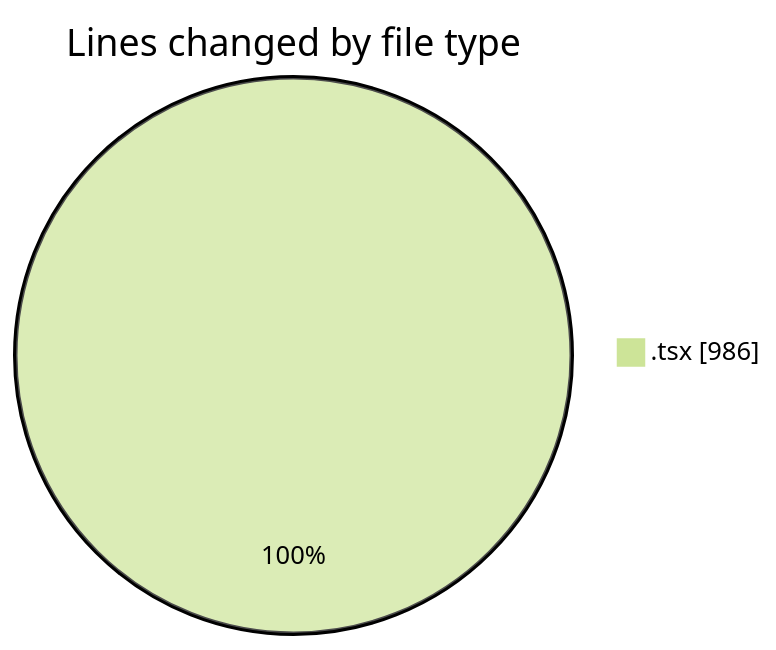
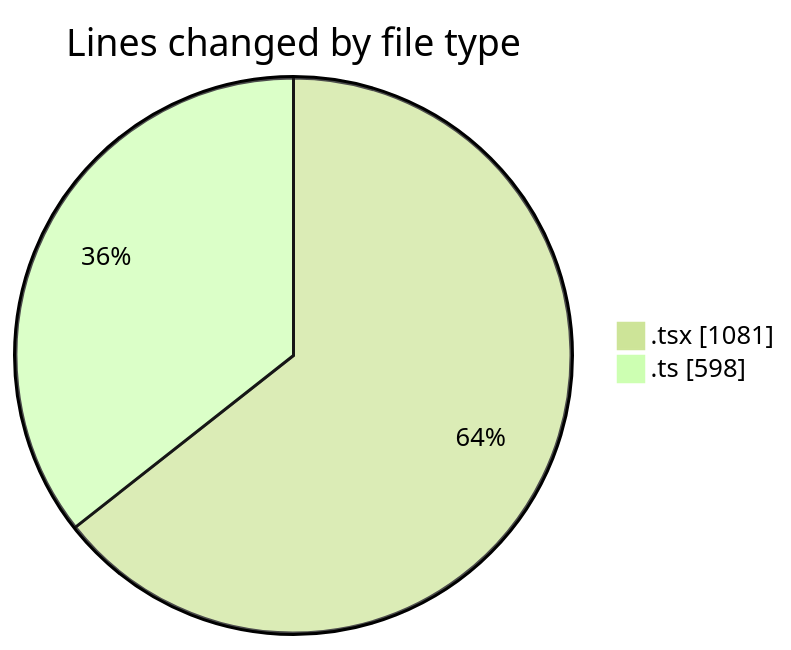
The first of 2 diagrams in 2025-07-26/cohera/README.md (JenPaints/code-tracking), drawn with Mermaid (forest theme) before and after one commit. The commit also changed other lines of this file and 1 other file, not shown here.

````diff
--- a/2025-07-26/cohera/README.md
+++ b/2025-07-26/cohera/README.md
@@ -24,5 +27,6 @@
 ```mermaid
 pie showData
 title Lines changed by file type
-".tsx" : 986
+".tsx" : 1081
+".ts" : 598
 ```
````
